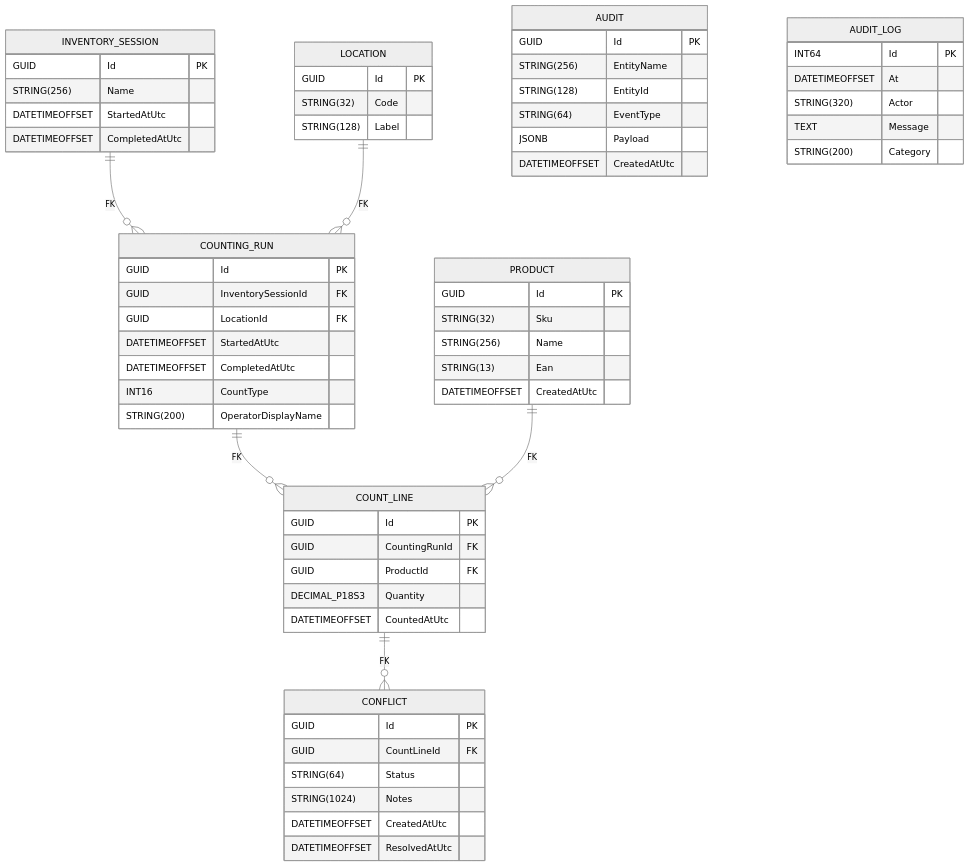
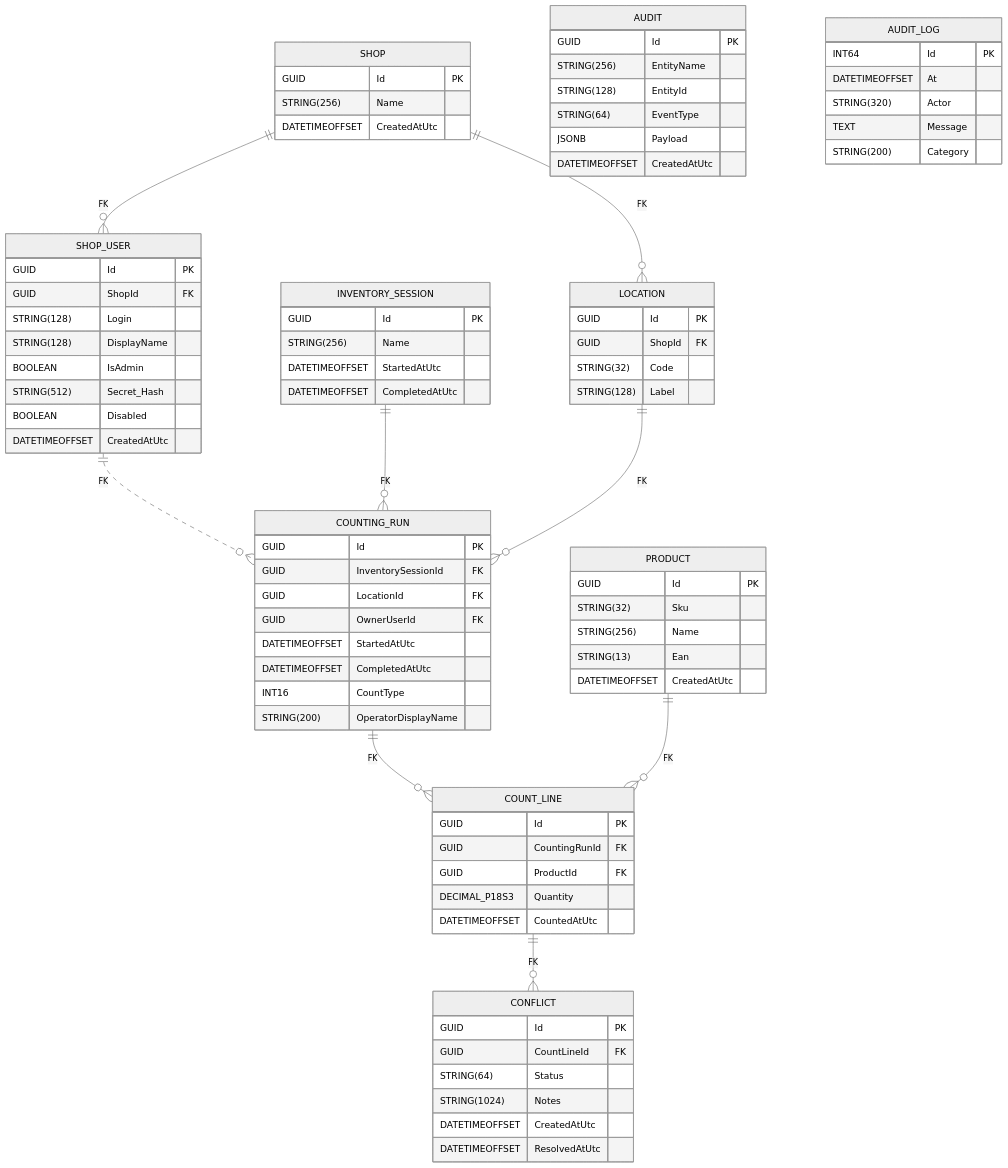
One commit to TSF-IT/CineBoutique-Inventaire changed the second of 2 diagrams in docs/database/README.md. Above: the diagram before and after it, drawn with Mermaid (neutral theme). The commit also changed other lines of this file and 27 other files, not shown here.

````diff
--- a/docs/database/README.md
+++ b/docs/database/README.md
@@ -26,5 +31,20 @@
 ```mermaid
 erDiagram
+    SHOP {
+        GUID Id PK
+        STRING(256) Name
+        DATETIMEOFFSET CreatedAtUtc
+    }
+    SHOP_USER {
+        GUID Id PK
+        GUID ShopId FK
+        STRING(128) Login
+        STRING(128) DisplayName
+        BOOLEAN IsAdmin
+        STRING(512) Secret_Hash
+        BOOLEAN Disabled
+        DATETIMEOFFSET CreatedAtUtc
+    }
     PRODUCT {
         GUID Id PK
         STRING(32) Sku
@@ -34,6 +54,7 @@
     }
     LOCATION {
         GUID Id PK
+        GUID ShopId FK
         STRING(32) Code
         STRING(128) Label
     }
@@ -47,6 +68,7 @@
         GUID Id PK
         GUID InventorySessionId FK
         GUID LocationId FK
+        GUID OwnerUserId FK
         DATETIMEOFFSET StartedAtUtc
         DATETIMEOFFSET CompletedAtUtc
         INT16 CountType
@@ -83,6 +105,9 @@
         STRING(200) Category
     }
 
+    SHOP ||--o{ LOCATION : "FK"
+    SHOP ||--o{ SHOP_USER : "FK"
+    SHOP_USER ||..o{ COUNTING_RUN : "FK"
     INVENTORY_SESSION ||--o{ COUNTING_RUN : "FK"
     LOCATION ||--o{ COUNTING_RUN : "FK"
     COUNTING_RUN ||--o{ COUNT_LINE : "FK"
````
